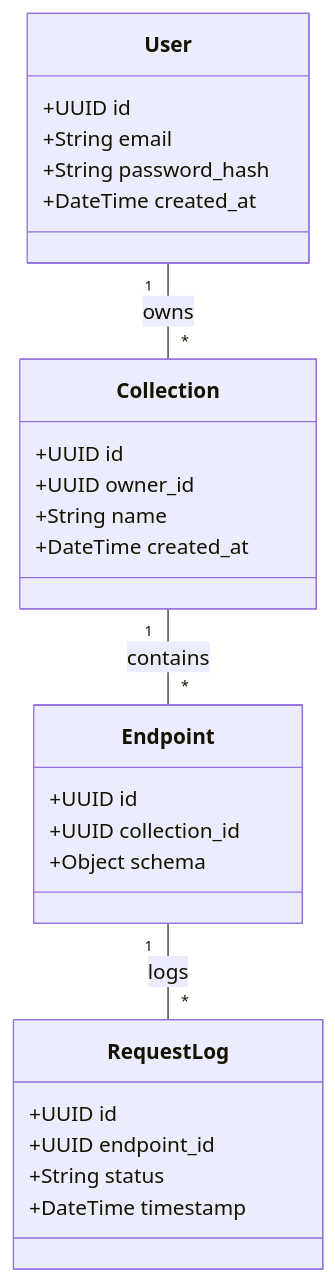
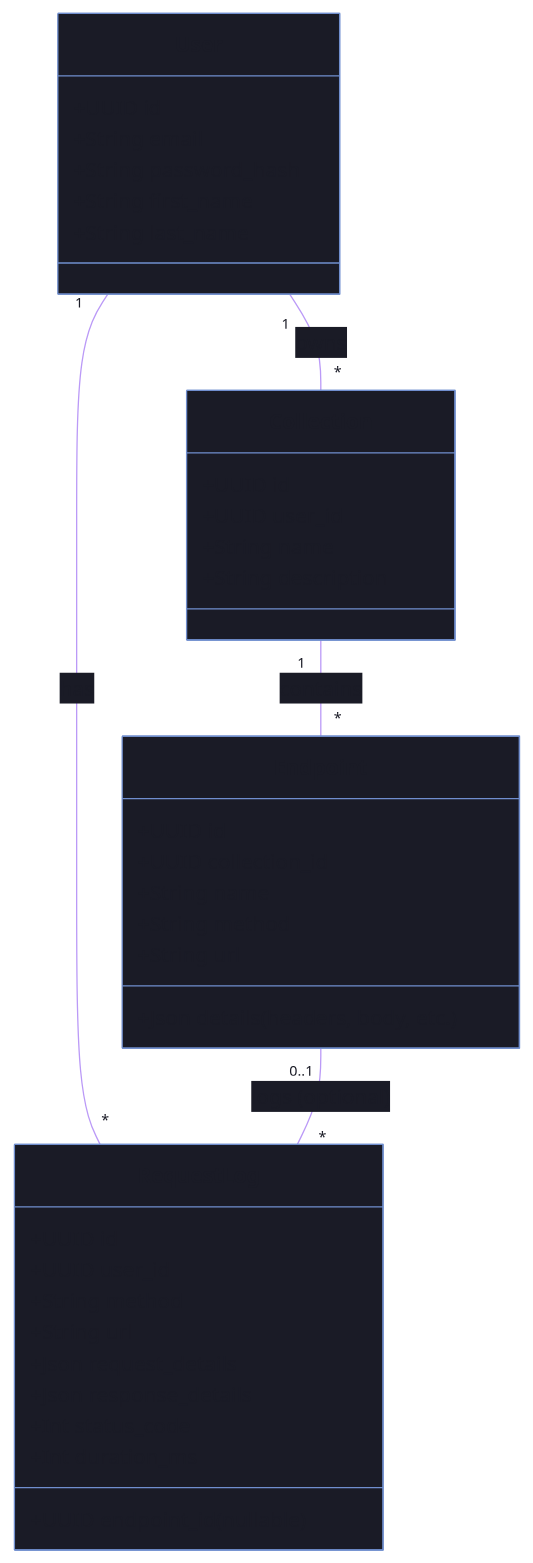
The second of 4 diagrams in docs/architecture/readme.md (0x3at/Postkid), drawn with Mermaid before and after one commit. The commit also changed other lines of this file and 7 other files, not shown here.

First line of the commit message:
Docs: Finalize architecture and supporting documentation

````diff
--- a/docs/architecture/readme.md
+++ b/docs/architecture/readme.md
@@ -52,57 +127,41 @@
 ```mermaid
-%%{init: {
-  'theme': 'base',
-  'themeVariables': {
-    'primaryColor': '#7aa2f7',
-    'primaryTextColor': '#1a1b26',
-    'primaryBorderColor': '#3b4261',
-    'lineColor': '#bb9af7',
-    'background': '#1a1b26',
-    'mainBkg': '#1a1b26',
-    'secondBkg': '#24283b',
-    'tertiaryBkg': '#292e42',
-    'fontFamily': '"Segoe UI", sans-serif',
-    'fontSize': '14px',
-    'fontWeight': '600',
-    'labelBackground': '#24283b',
-    'edgeLabelBackground': '#24283b',
-    'clusterBkg': '#24283b',
-    'clusterBorder': '#3b4261',
-    'defaultLinkColor': '#bb9af7',
-    'titleColor': '#c0caf5'
-  },
-  'flowchart': {
-    'nodeSpacing': 30,
-    'rankSpacing': 50,
-    'curve': 'basis'
-  }
-}}%%
+%%{init: { 'theme': 'base', 'themeVariables': { 'primaryColor': '#7aa2f7', 'primaryTextColor': '#1a1b26', 'lineColor': '#bb9af7', 'background': '#1a1b26', 'mainBkg': '#1a1b26'}}}%%
+classDiagram
+    User "1" -- "*" Collection : owns
+    Collection "1" -- "*" Endpoint : contains
+    User "1" -- "*" RequestLog : has
+    Endpoint "0..1" -- "*" RequestLog : logs (optional)
 
-classDiagram
     class User {
       +UUID id
       +String email
       +String password_hash
-      +DateTime created_at
+      +String first_name
+      +String last_name
     }
     class Collection {
       +UUID id
-      +UUID owner_id
+      +UUID user_id
       +String name
-      +DateTime created_at
+      +String description
     }
     class Endpoint {
       +UUID id
       +UUID collection_id
-      +Object schema
+      +String name
+      +String method
+      +String url
+      +Json details (headers, body, etc.)
     }
     class RequestLog {
       +UUID id
-      +UUID endpoint_id
-      +String status
-      +DateTime timestamp
+      +UUID user_id
+      +UUID endpoint_id (nullable)
+      +String method
+      +String url
+      +Json request_details
+      +Json response_details
+      +Int status_code
+      +Int duration_ms
     }
-    User "1" -- "*" Collection : owns
-    Collection "1" -- "*" Endpoint : contains
-    Endpoint "1" -- "*" RequestLog : logs
 ```
````
